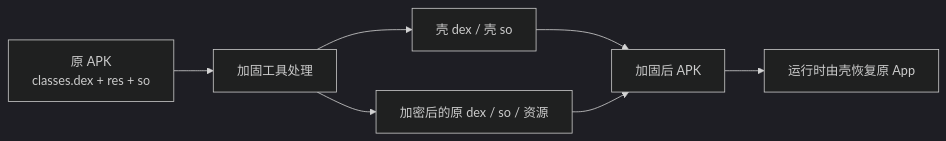
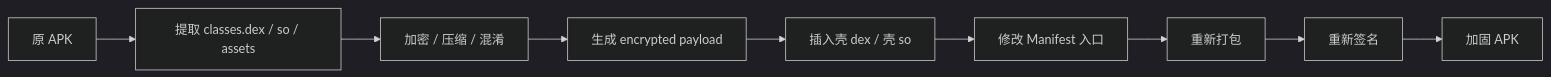
One commit to junyingzhao001/StudyNotes changed the first of 12 diagrams in android插件相关/App加固详解.md. Above: the diagram before and after it, drawn with Mermaid (dark theme). The commit also changed other lines of this file and 3 other files, not shown here.

````diff
--- a/android插件相关/App加固详解.md
+++ b/android插件相关/App加固详解.md
@@ -124,10 +124,11 @@
 ```mermaid
 flowchart LR
-  Original["原 APK
-classes.dex + res + so"] --> Reinforce["加固工具处理"]
-  Reinforce --> Shell["壳 dex / 壳 so"]
-  Reinforce --> Payload["加密后的原 dex / so / 资源"]
-  Shell --> NewAPK["加固后 APK"]
-  Payload --> NewAPK
-  NewAPK --> Runtime["运行时由壳恢复原 App"]
+    A["原 APK"] --> B["提取 classes.dex / so / assets"]
+    B --> C["加密 / 压缩 / 混淆"]
+    C --> D["生成 encrypted payload"]
+    D --> E["插入壳 dex / 壳 so"]
+    E --> F["修改 Manifest 入口"]
+    F --> G["重新打包"]
+    G --> H["重新签名"]
+    H --> I["加固 APK"]
 ```
````
